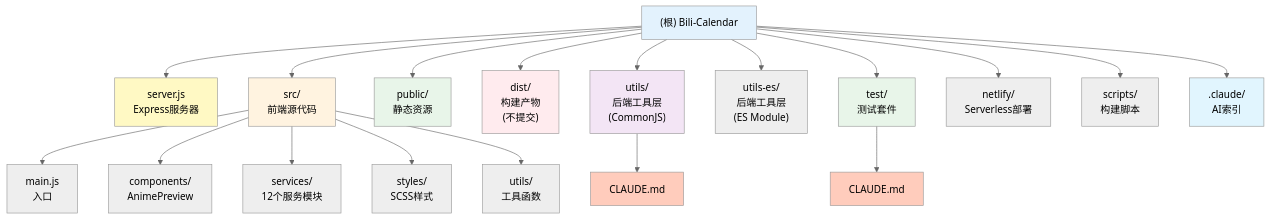
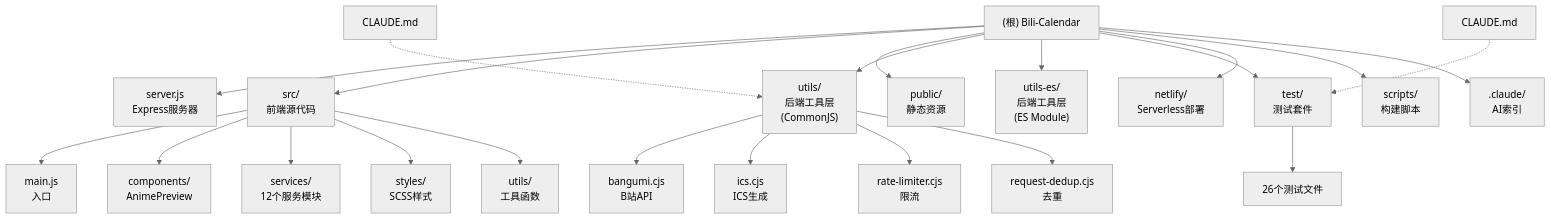
One commit to Silentely/Bili-Calendar changed the diagram in CLAUDE.md. Above: the diagram before and after it, drawn with Mermaid (neutral theme). The commit also changed other lines of this file and 2 other files, not shown here.

````diff
--- a/CLAUDE.md
+++ b/CLAUDE.md
@@ -215,36 +109,31 @@
 ```mermaid
 graph TD
     Root["(根) Bili-Calendar"] --> Server["server.js<br/>Express服务器"]
     Root --> Src["src/<br/>前端源代码"]
     Root --> Public["public/<br/>静态资源"]
-    Root --> Dist["dist/<br/>构建产物<br/>(不提交)"]
     Root --> Utils["utils/<br/>后端工具层<br/>(CommonJS)"]
     Root --> UtilsES["utils-es/<br/>后端工具层<br/>(ES Module)"]
     Root --> Test["test/<br/>测试套件"]
     Root --> Netlify["netlify/<br/>Serverless部署"]
     Root --> Scripts["scripts/<br/>构建脚本"]
     Root --> Claude[".claude/<br/>AI索引"]
 
     Src --> SrcMain["main.js<br/>入口"]
     Src --> SrcComponents["components/<br/>AnimePreview"]
     Src --> SrcServices["services/<br/>12个服务模块"]
     Src --> SrcStyles["styles/<br/>SCSS样式"]
     Src --> SrcUtils["utils/<br/>工具函数"]
 
-    Utils --> UtilsCLAUDE["CLAUDE.md"]
-    Test --> TestCLAUDE["CLAUDE.md"]
+    Utils --> Bangumi["bangumi.cjs<br/>B站API"]
+    Utils --> Ics["ics.cjs<br/>ICS生成"]
+    Utils --> RateLimiter["rate-limiter.cjs<br/>限流"]
+    Utils --> RequestDedup["request-dedup.cjs<br/>去重"]
 
-    click UtilsCLAUDE "./utils/CLAUDE.md" "查看工具层文档"
-    click TestCLAUDE "./test/CLAUDE.md" "查看测试文档"
+    Test --> TestFiles["26个测试文件"]
 
-    style Root fill:#e3f2fd
-    style Server fill:#fff9c4
-    style Src fill:#fff3e0
-    style Public fill:#e8f5e9
-    style Dist fill:#ffebee
-    style Utils fill:#f3e5f5
-    style Test fill:#e8f5e9
-    style Claude fill:#e1f5fe
-    style UtilsCLAUDE fill:#ffccbc
-    style TestCLAUDE fill:#ffccbc
+    UtilsCLAUDE["CLAUDE.md"] -.-> Utils
+    TestCLAUDE["CLAUDE.md"] -.-> Test
+
+    click Utils "./utils/CLAUDE.md" "查看工具层文档"
+    click Test "./test/CLAUDE.md" "查看测试文档"
 ```
````
